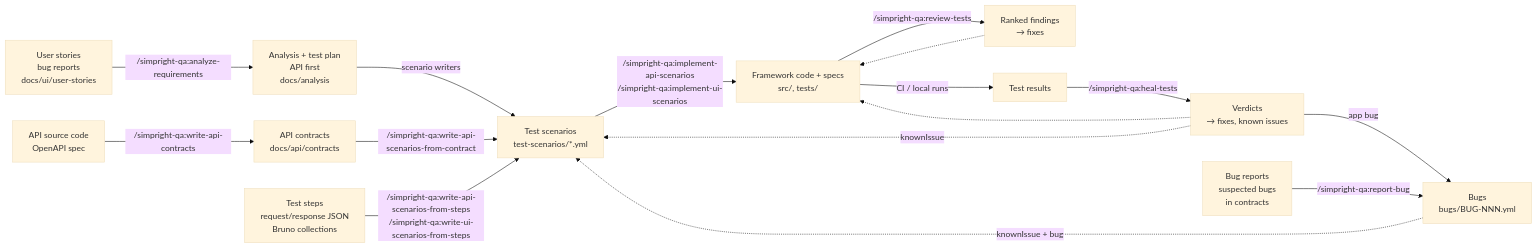
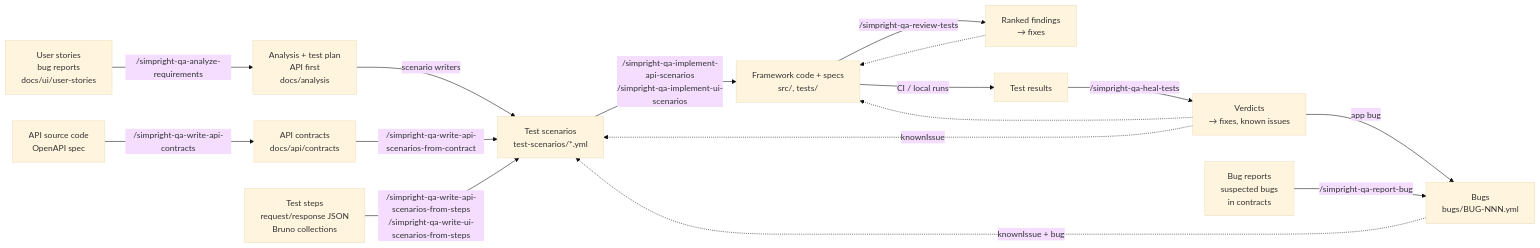
One commit to Zaytsman/SimpRight changed the diagram in docs/AI_WORKFLOW.md. Above: the diagram before and after it, drawn with Mermaid (base theme). The commit also changed other lines of this file and 53 other files, not shown here.

````diff
--- a/docs/AI_WORKFLOW.md
+++ b/docs/AI_WORKFLOW.md
@@ -14,18 +14,18 @@
 ```mermaid
 flowchart LR
-    src[API source code<br/>OpenAPI spec] -->|/simpright-qa:write-api-contracts| contracts[API contracts<br/>docs/api/contracts]
-    stories[User stories<br/>bug reports<br/>docs/ui/user-stories] -->|/simpright-qa:analyze-requirements| analysis[Analysis + test plan<br/>API first<br/>docs/analysis]
+    src[API source code<br/>OpenAPI spec] -->|/simpright-qa-write-api-contracts| contracts[API contracts<br/>docs/api/contracts]
+    stories[User stories<br/>bug reports<br/>docs/ui/user-stories] -->|/simpright-qa-analyze-requirements| analysis[Analysis + test plan<br/>API first<br/>docs/analysis]
     analysis -->|scenario writers| scenarios
-    contracts -->|/simpright-qa:write-api-scenarios-from-contract| scenarios[Test scenarios<br/>test-scenarios/*.yml]
-    steps[Test steps<br/>request/response JSON<br/>Bruno collections] -->|/simpright-qa:write-api-scenarios-from-steps<br/>/simpright-qa:write-ui-scenarios-from-steps| scenarios
-    scenarios -->|/simpright-qa:implement-api-scenarios<br/>/simpright-qa:implement-ui-scenarios| specs[Framework code + specs<br/>src/, tests/]
-    specs -->|/simpright-qa:review-tests| review[Ranked findings<br/>→ fixes]
+    contracts -->|/simpright-qa-write-api-scenarios-from-contract| scenarios[Test scenarios<br/>test-scenarios/*.yml]
+    steps[Test steps<br/>request/response JSON<br/>Bruno collections] -->|/simpright-qa-write-api-scenarios-from-steps<br/>/simpright-qa-write-ui-scenarios-from-steps| scenarios
+    scenarios -->|/simpright-qa-implement-api-scenarios<br/>/simpright-qa-implement-ui-scenarios| specs[Framework code + specs<br/>src/, tests/]
+    specs -->|/simpright-qa-review-tests| review[Ranked findings<br/>→ fixes]
     specs -->|CI / local runs| runs[Test results]
-    runs -->|/simpright-qa:heal-tests| heal[Verdicts<br/>→ fixes, known issues]
+    runs -->|/simpright-qa-heal-tests| heal[Verdicts<br/>→ fixes, known issues]
     review -.-> specs
     heal -.-> specs
     heal -.->|knownIssue| scenarios
     heal -->|app bug| bugrep
-    reports[Bug reports<br/>suspected bugs<br/>in contracts] -->|/simpright-qa:report-bug| bugrep[Bugs<br/>bugs/BUG-NNN.yml]
+    reports[Bug reports<br/>suspected bugs<br/>in contracts] -->|/simpright-qa-report-bug| bugrep[Bugs<br/>bugs/BUG-NNN.yml]
     bugrep -.->|knownIssue + bug| scenarios
 ```
````
